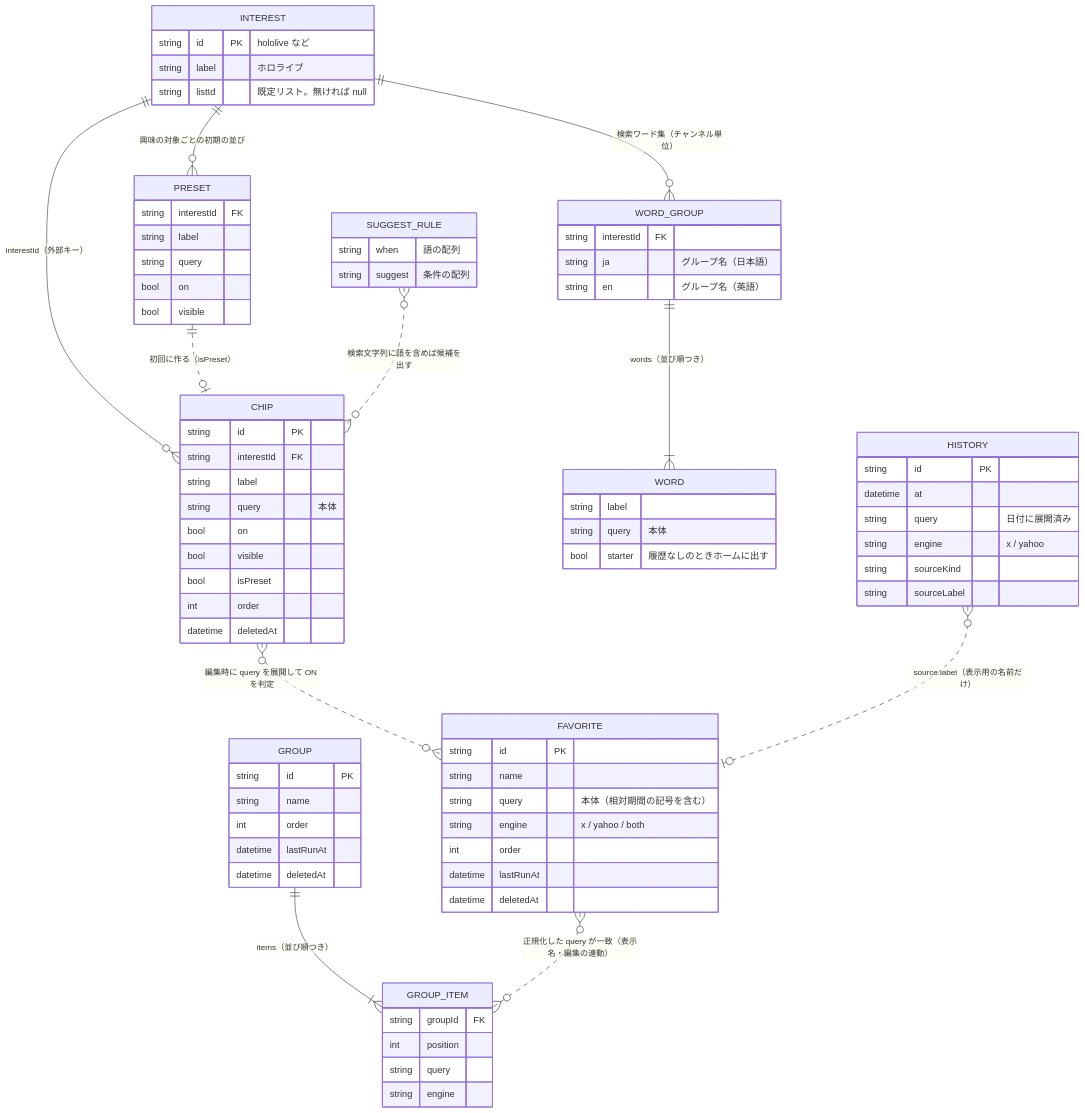
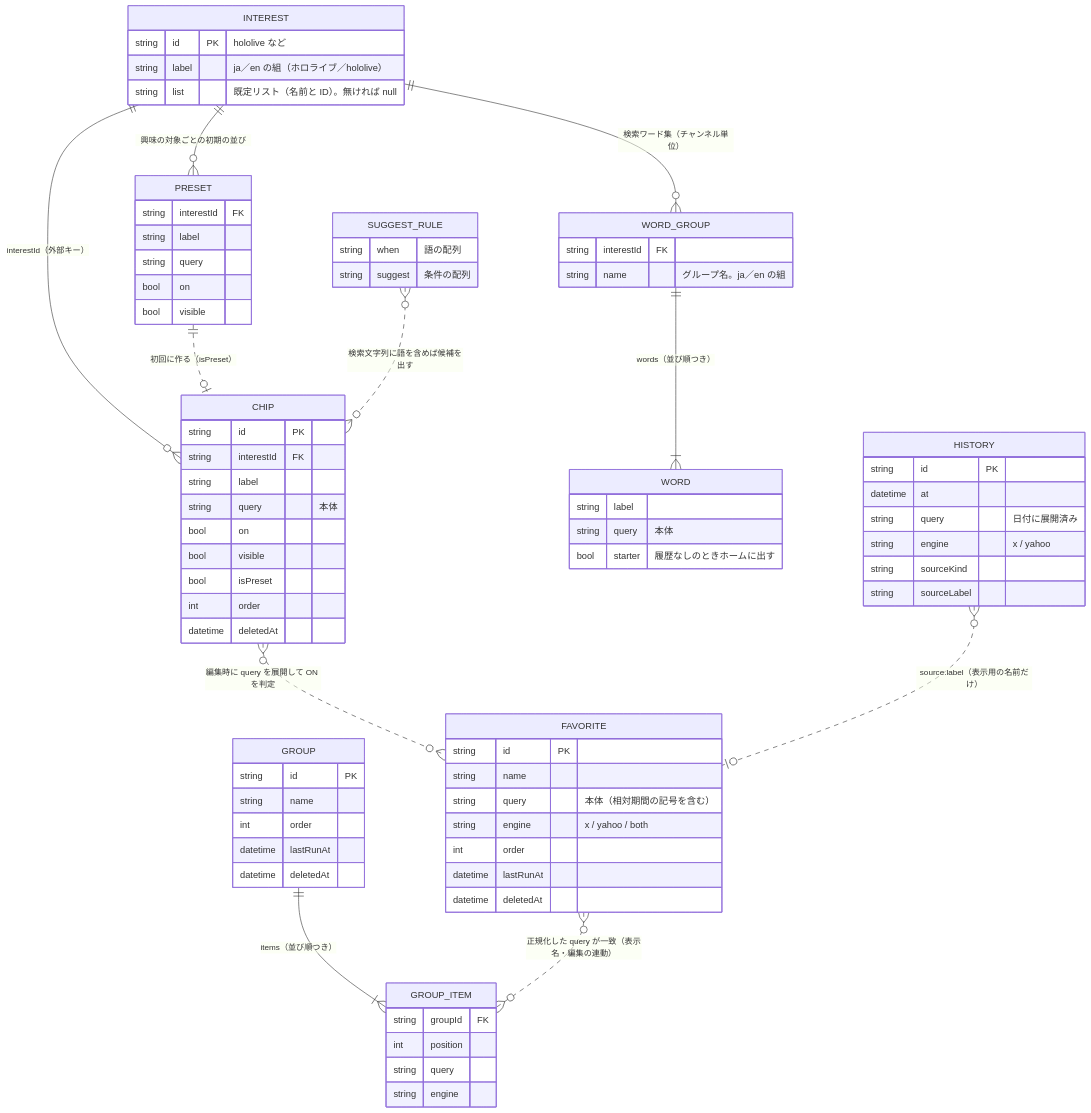
Before and after one commit to tanaka1313/egosearchX: the second of 3 diagrams in docs/requirements.md, drawn with Mermaid. The commit also changed other lines of this file and 13 other files, not shown here.

````diff
--- a/docs/requirements.md
+++ b/docs/requirements.md
@@ -354,81 +354,80 @@
 ```mermaid
 erDiagram
   INTEREST ||--o{ CHIP : "interestId（外部キー）"
   INTEREST ||--o{ PRESET : "興味の対象ごとの初期の並び"
   PRESET ||..o| CHIP : "初回に作る（isPreset）"
   INTEREST ||--o{ WORD_GROUP : "検索ワード集（チャンネル単位）"
   WORD_GROUP ||--|{ WORD : "words（並び順つき）"
   GROUP ||--|{ GROUP_ITEM : "items（並び順つき）"
   FAVORITE }o..o{ GROUP_ITEM : "正規化した query が一致（表示名・編集の連動）"
   CHIP }o..o{ FAVORITE : "編集時に query を展開して ON を判定"
   SUGGEST_RULE }o..o{ CHIP : "検索文字列に語を含めば候補を出す"
   HISTORY }o..o| FAVORITE : "source.label（表示用の名前だけ）"
 
   INTEREST {
     string id PK "hololive など"
-    string label "ホロライブ"
-    string listId "既定リスト。無ければ null"
+    string label "ja／en の組（ホロライブ／hololive）"
+    string list "既定リスト（名前と ID）。無ければ null"
   }
   PRESET {
     string interestId FK
     string label
     string query
     bool on
     bool visible
   }
   CHIP {
     string id PK
     string interestId FK
     string label
     string query "本体"
     bool on
     bool visible
     bool isPreset
     int order
     datetime deletedAt
   }
   FAVORITE {
     string id PK
     string name
     string query "本体（相対期間の記号を含む）"
     string engine "x / yahoo / both"
     int order
     datetime lastRunAt
     datetime deletedAt
   }
   GROUP {
     string id PK
     string name
     int order
     datetime lastRunAt
     datetime deletedAt
   }
   GROUP_ITEM {
     string groupId FK
     int position
     string query
     string engine
   }
   HISTORY {
     string id PK
     datetime at
     string query "日付に展開済み"
     string engine "x / yahoo"
     string sourceKind
     string sourceLabel
   }
   WORD_GROUP {
     string interestId FK
-    string ja "グループ名（日本語）"
-    string en "グループ名（英語）"
+    string name "グループ名。ja／en の組"
   }
   WORD {
     string label
     string query "本体"
     bool starter "履歴なしのときホームに出す"
   }
   SUGGEST_RULE {
     string when "語の配列"
     string suggest "条件の配列"
   }
 ```
````
